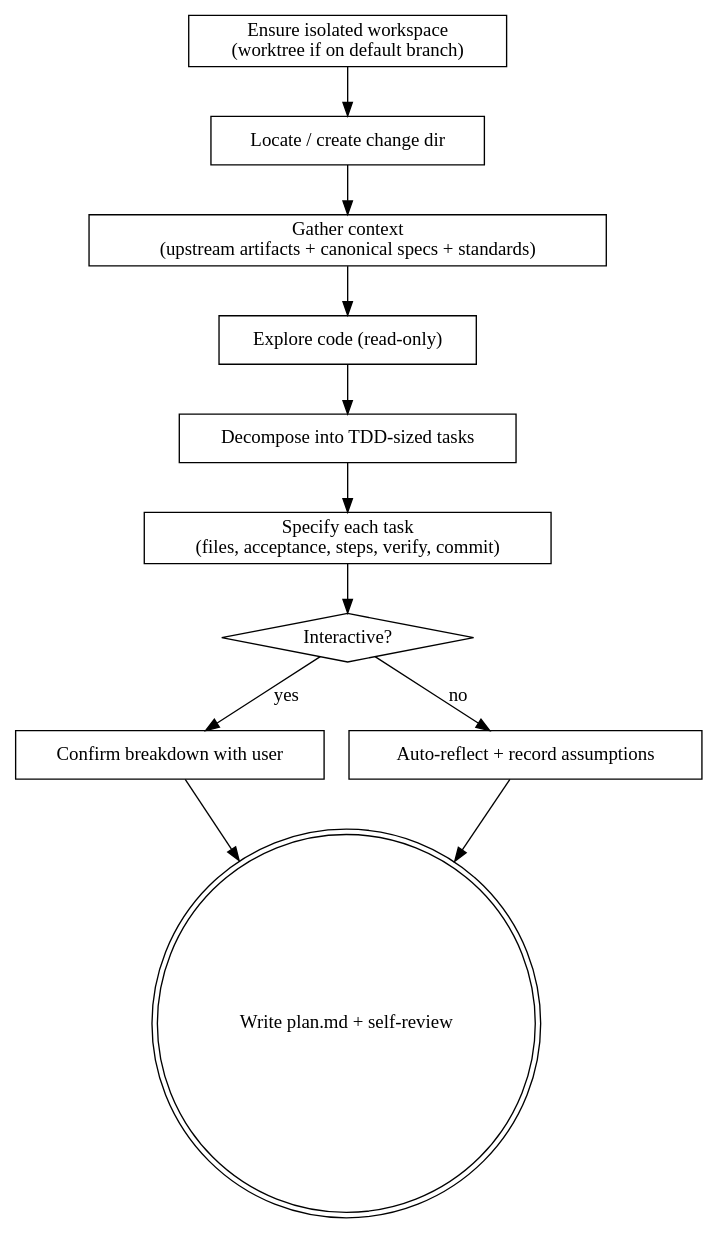
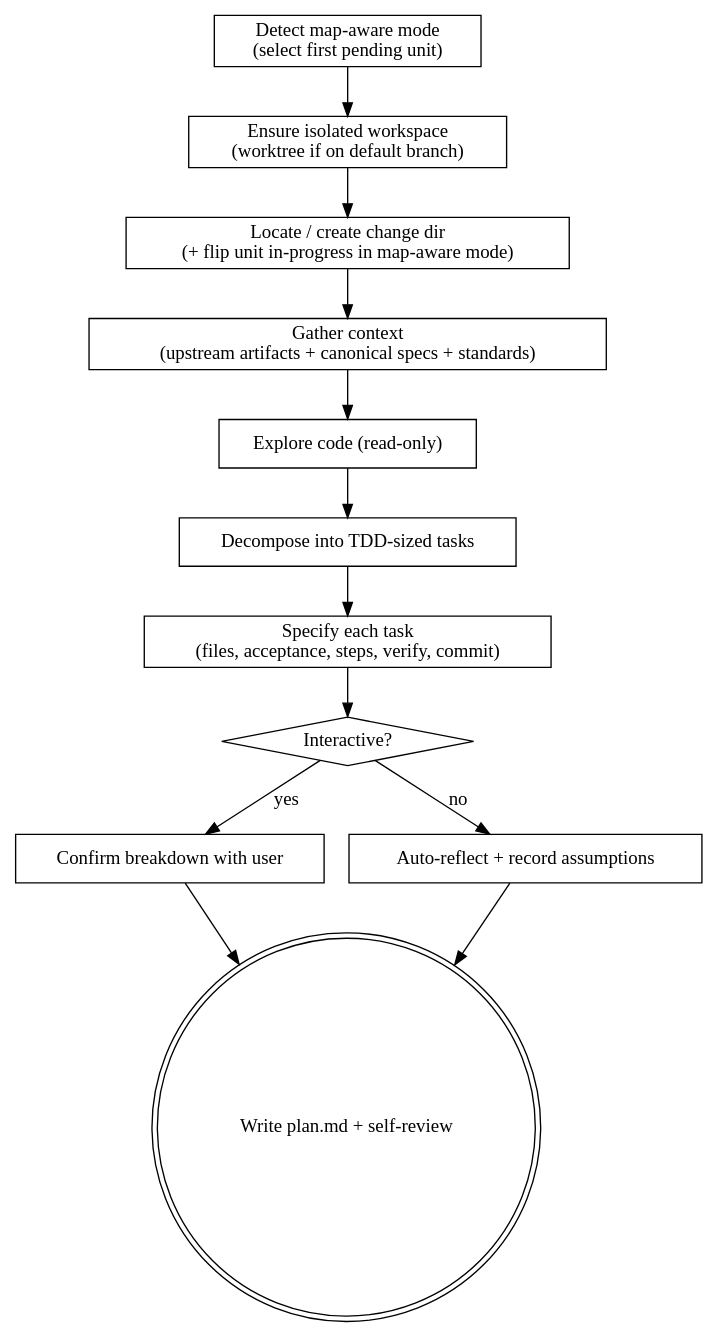
One commit to caiorcferreira/hamilton changed the diagram in skills/hamilton-plan/SKILL.md. Above: the diagram before and after it, drawn with Graphviz. The commit also changed other lines of this file, not shown here.

First line of the commit message:
feat(plan): symmetric, minimal map-aware entry

````diff
--- a/skills/hamilton-plan/SKILL.md
+++ b/skills/hamilton-plan/SKILL.md
@@ -174,25 +188,27 @@
 ```dot
 digraph hamilton_plan {
+    "Detect map-aware mode\n(select first pending unit)" [shape=box];
     "Ensure isolated workspace\n(worktree if on default branch)" [shape=box];
-    "Locate / create change dir" [shape=box];
+    "Locate / create change dir\n(+ flip unit in-progress in map-aware mode)" [shape=box];
     "Gather context\n(upstream artifacts + canonical specs + standards)" [shape=box];
     "Explore code (read-only)" [shape=box];
     "Decompose into TDD-sized tasks" [shape=box];
     "Specify each task\n(files, acceptance, steps, verify, commit)" [shape=box];
     "Interactive?" [shape=diamond];
     "Confirm breakdown with user" [shape=box];
     "Auto-reflect + record assumptions" [shape=box];
     "Write plan.md + self-review" [shape=doublecircle];
 
-    "Ensure isolated workspace\n(worktree if on default branch)" -> "Locate / create change dir";
-    "Locate / create change dir" -> "Gather context\n(upstream artifacts + canonical specs + standards)";
+    "Detect map-aware mode\n(select first pending unit)" -> "Ensure isolated workspace\n(worktree if on default branch)";
+    "Ensure isolated workspace\n(worktree if on default branch)" -> "Locate / create change dir\n(+ flip unit in-progress in map-aware mode)";
+    "Locate / create change dir\n(+ flip unit in-progress in map-aware mode)" -> "Gather context\n(upstream artifacts + canonical specs + standards)";
     "Gather context\n(upstream artifacts + canonical specs + standards)" -> "Explore code (read-only)";
     "Explore code (read-only)" -> "Decompose into TDD-sized tasks";
     "Decompose into TDD-sized tasks" -> "Specify each task\n(files, acceptance, steps, verify, commit)";
     "Specify each task\n(files, acceptance, steps, verify, commit)" -> "Interactive?";
     "Interactive?" -> "Confirm breakdown with user" [label="yes"];
     "Interactive?" -> "Auto-reflect + record assumptions" [label="no"];
     "Confirm breakdown with user" -> "Write plan.md + self-review";
     "Auto-reflect + record assumptions" -> "Write plan.md + self-review";
 }
 ```
````
